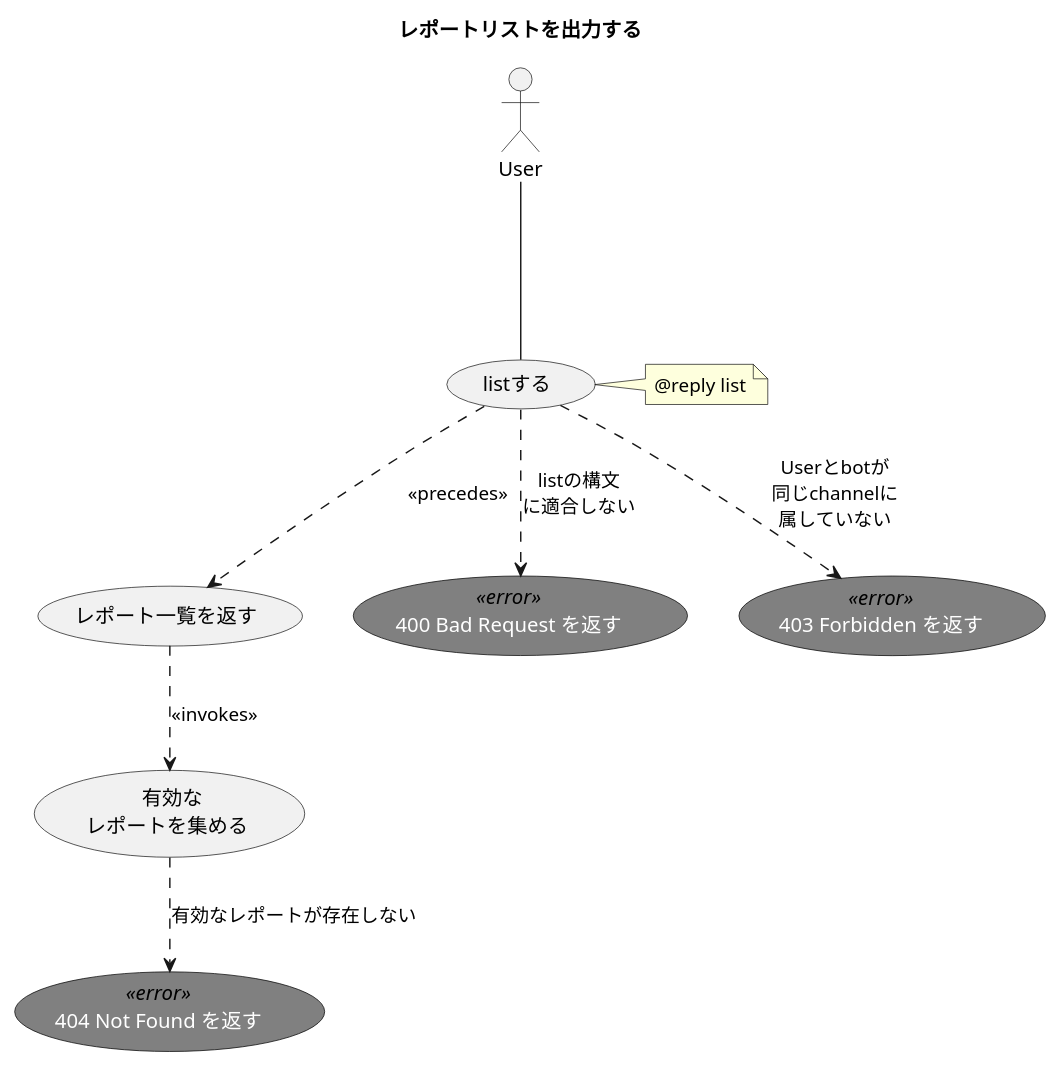
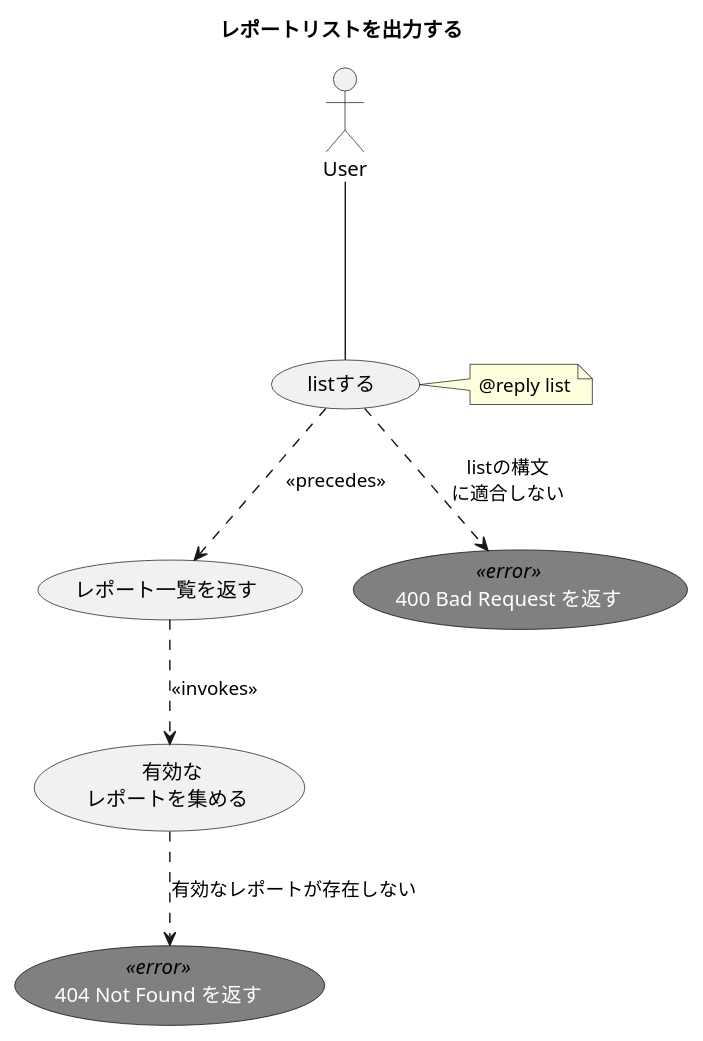
Before and after one commit to ito-masam/kpt-guard.doc: the diagram in 1.design/2.usecases/list-report.md, drawn with PlantUML. The commit also changed 15 other files, not shown here.

```diff
--- a/1.design/2.usecases/list-report.md
+++ b/1.design/2.usecases/list-report.md
@@ -1,34 +1,31 @@
 @startuml
 
     ' ----------- meta
     title レポートリストを出力する
 
     skinparam usecase {
       FontColor<<error>> white
       FontName<<error>> Verdana
       BackgroundColor<<error>> gray
       BorderColor<<error>> black
     }
 
     actor User
 
     ' ----------- main
     User --- ( listする )
     ( listする ) ..> ( レポート一覧を返す ) : << precedes >>
     ( レポート一覧を返す ) ..> ( 有効な\nレポートを集める ) : << invokes >>
 
     note right of ( listする )
       @reply list
     end note
 
     ' ----------- alternative
     ( 400 Bad Request を返す ) <<error>>
     ( listする ) ..> ( 400 Bad Request を返す ) : listの構文\nに適合しない
 
-    ( 403 Forbidden を返す ) <<error>>
-    ( listする ) ..> ( 403 Forbidden を返す ) : Userとbotが\n同じchannelに\n属していない
-
     ( 404 Not Found を返す ) <<error>>
     ( 有効な\nレポートを集める ) ..> ( 404 Not Found を返す ) : 有効なレポートが存在しない
 
 @enduml
```
